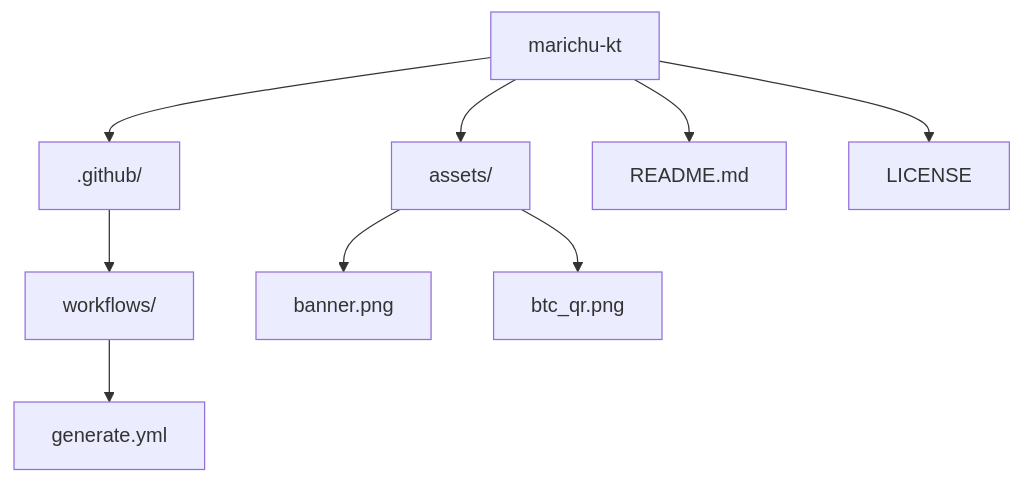
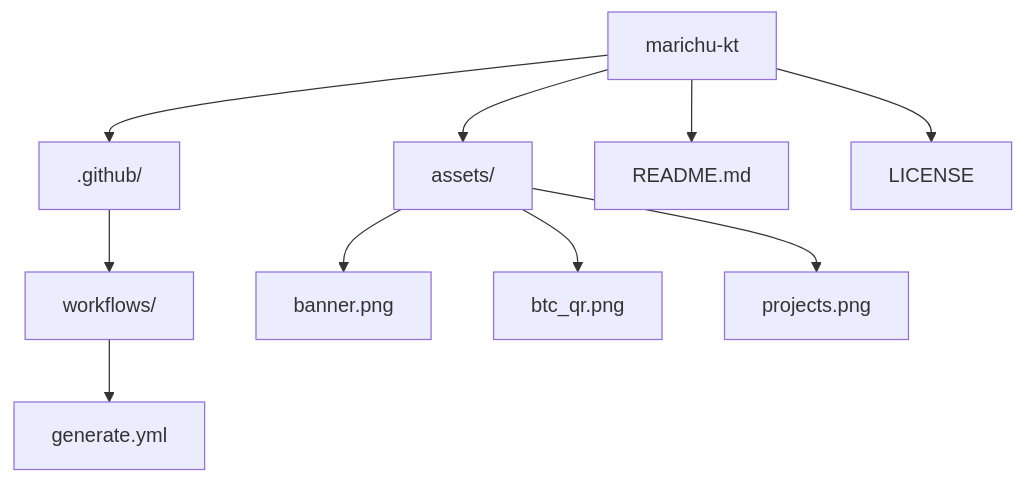
The diagram in README.md (marichu-kt/marichu-kt), drawn with Mermaid before and after one commit. The commit also changed other lines of this file, not shown here.

````diff
--- a/README.md
+++ b/README.md
@@ -50,11 +120,12 @@
 ```mermaid
 graph TD
   A[marichu-kt] --> B[.github/]
   B --> C[workflows/]
   C --> D[generate.yml]
   A --> E[assets/]
   E --> F[banner.png]
   E --> I[btc_qr.png]
+  E --> J[projects.png]
   A --> G[README.md]
   A --> H[LICENSE]
 ```
````
